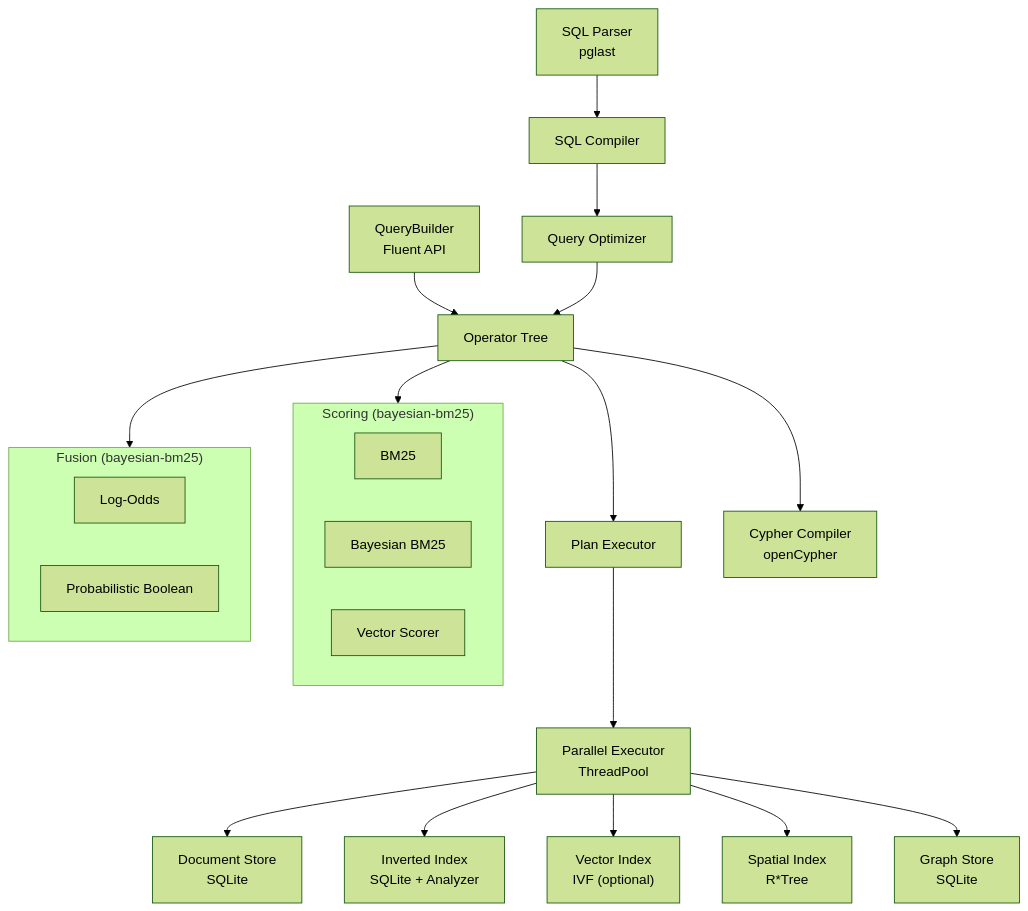
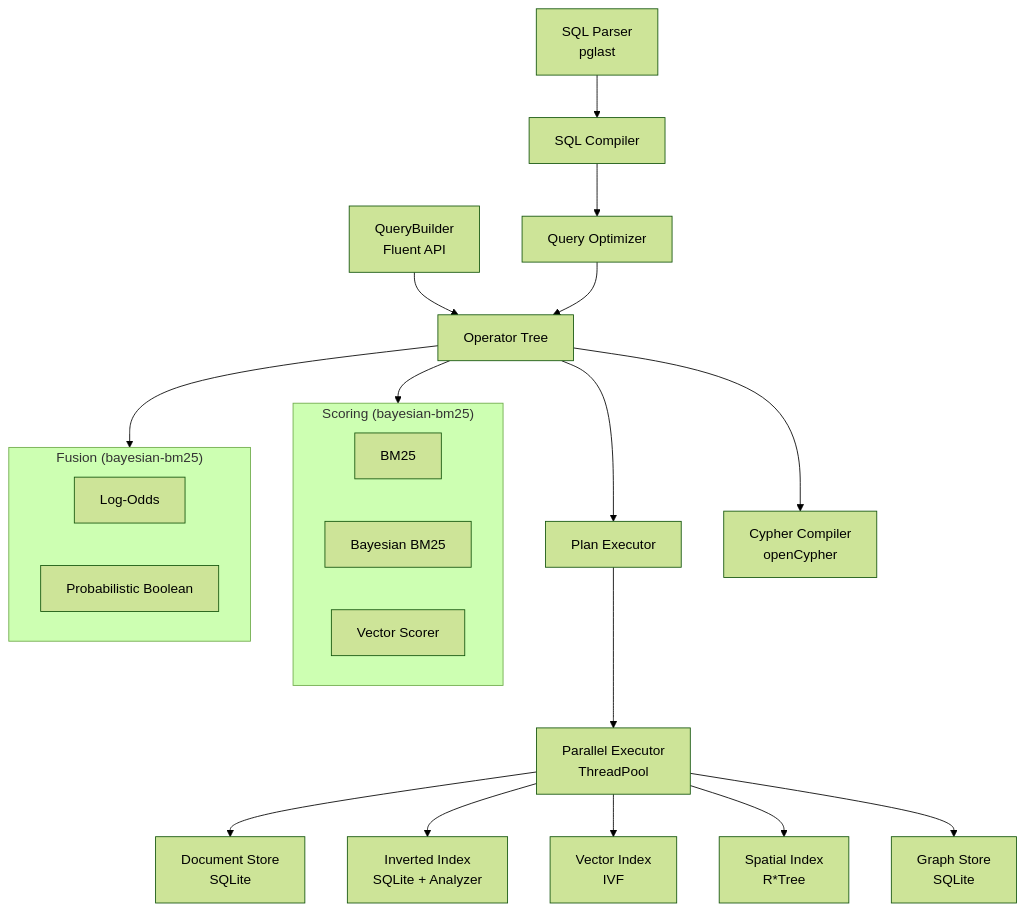
The diagram in README.md (cognica-io/uqa), drawn with Mermaid (forest theme) before and after one commit.

Commit message:
Remove incorrect '(optional)' from IVF vector index in architecture diagram

````diff
--- a/README.md
+++ b/README.md
@@ -203,31 +203,31 @@
 ```mermaid
 graph TD
     SQL[SQL Parser<br/>pglast] --> Compiler[SQL Compiler]
     QB[QueryBuilder<br/>Fluent API] --> Operators
 
     Compiler --> Optimizer[Query Optimizer]
     Optimizer --> Operators[Operator Tree]
     Operators --> Executor[Plan Executor]
     Executor --> PAR[Parallel Executor<br/>ThreadPool]
     Operators --> Cypher[Cypher Compiler<br/>openCypher]
 
     PAR --> DS[Document Store<br/>SQLite]
     PAR --> II[Inverted Index<br/>SQLite + Analyzer]
-    PAR --> VI["Vector Index<br/>IVF (optional)"]
+    PAR --> VI["Vector Index<br/>IVF"]
     PAR --> SI[Spatial Index<br/>R*Tree]
     PAR --> GS[Graph Store<br/>SQLite]
 
     subgraph Scoring ["Scoring (bayesian-bm25)"]
         BM25[BM25]
         BBFS[Bayesian BM25]
         VS[Vector Scorer]
     end
 
     subgraph Fusion ["Fusion (bayesian-bm25)"]
         LO[Log-Odds]
         PB[Probabilistic Boolean]
     end
 
     Operators --> Scoring
     Operators --> Fusion
 ```
````
